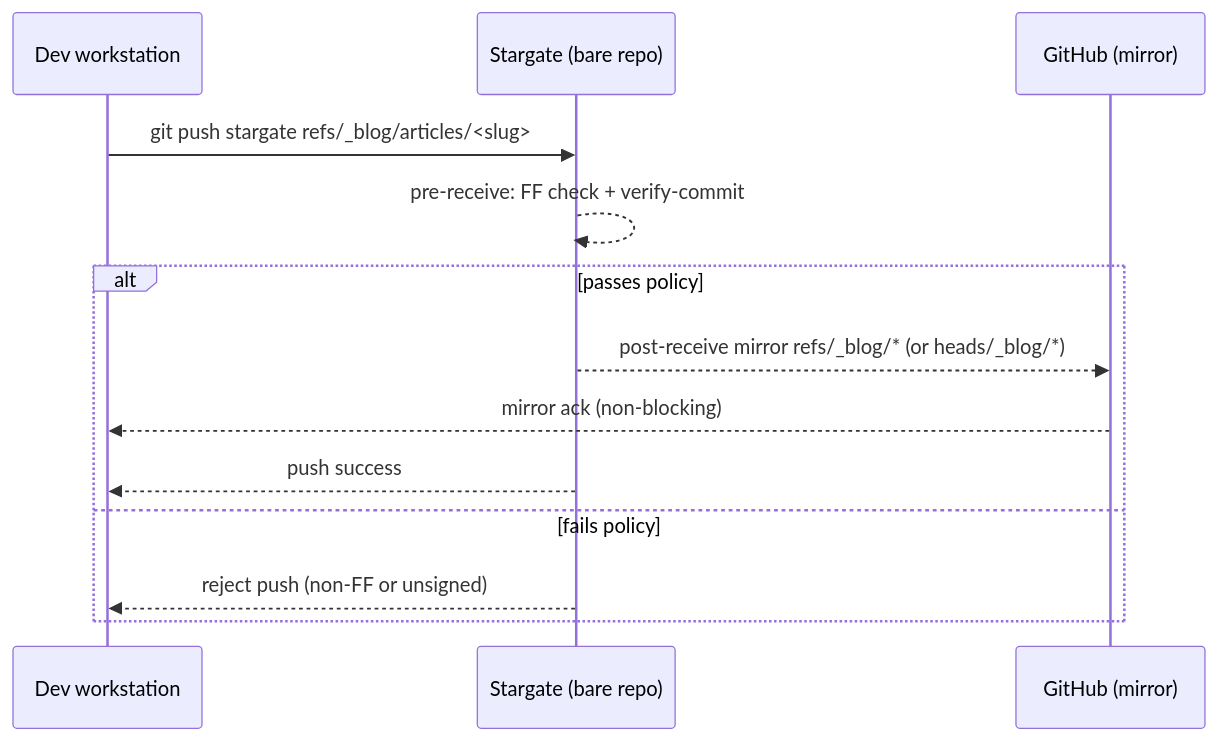
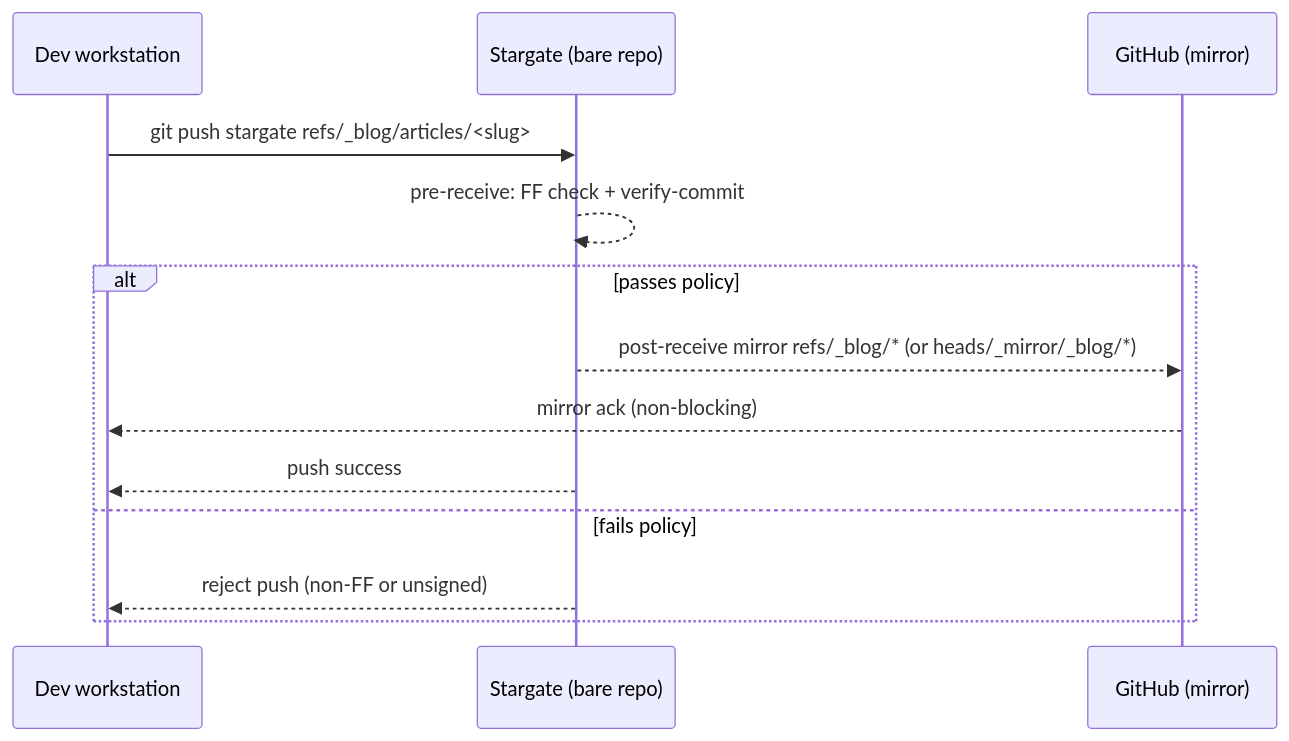
The first of 2 diagrams in README.md (flyingrobots/git-stargate), drawn with Mermaid before and after one commit. The commit also changed other lines of this file and 8 other files, not shown here.

````diff
--- a/README.md
+++ b/README.md
@@ -51,16 +106,16 @@
 ```mermaid
 sequenceDiagram
     participant Dev as Dev workstation
     participant SG as Stargate (bare repo)
     participant GH as GitHub (mirror)
 
     Dev->>SG: git push stargate refs/_blog/articles/<slug>
     SG-->>SG: pre-receive: FF check + verify-commit
     alt passes policy
-        SG-->>GH: post-receive mirror refs/_blog/* (or heads/_blog/*)
+        SG-->>GH: post-receive mirror refs/_blog/* (or heads/_mirror/_blog/*)
         GH-->>Dev: mirror ack (non-blocking)
         SG-->>Dev: push success
     else fails policy
         SG-->>Dev: reject push (non-FF or unsigned)
     end
 ```
````
